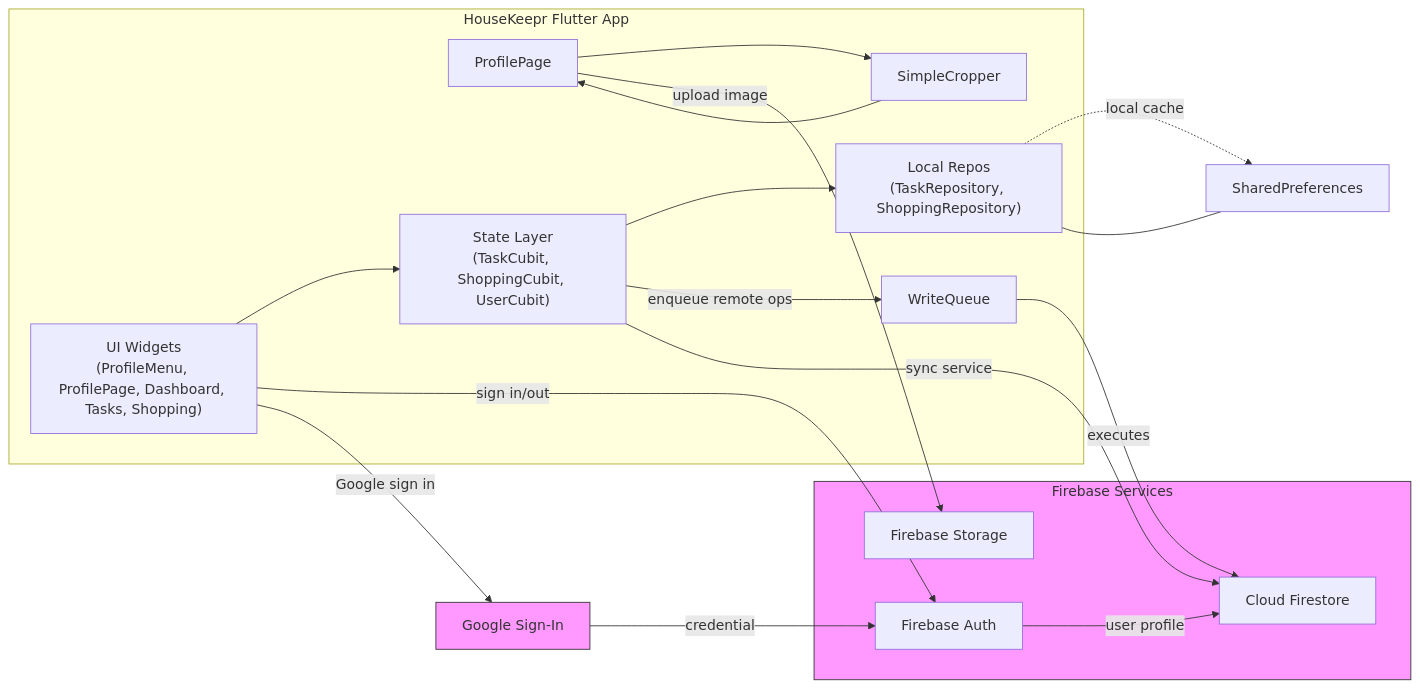
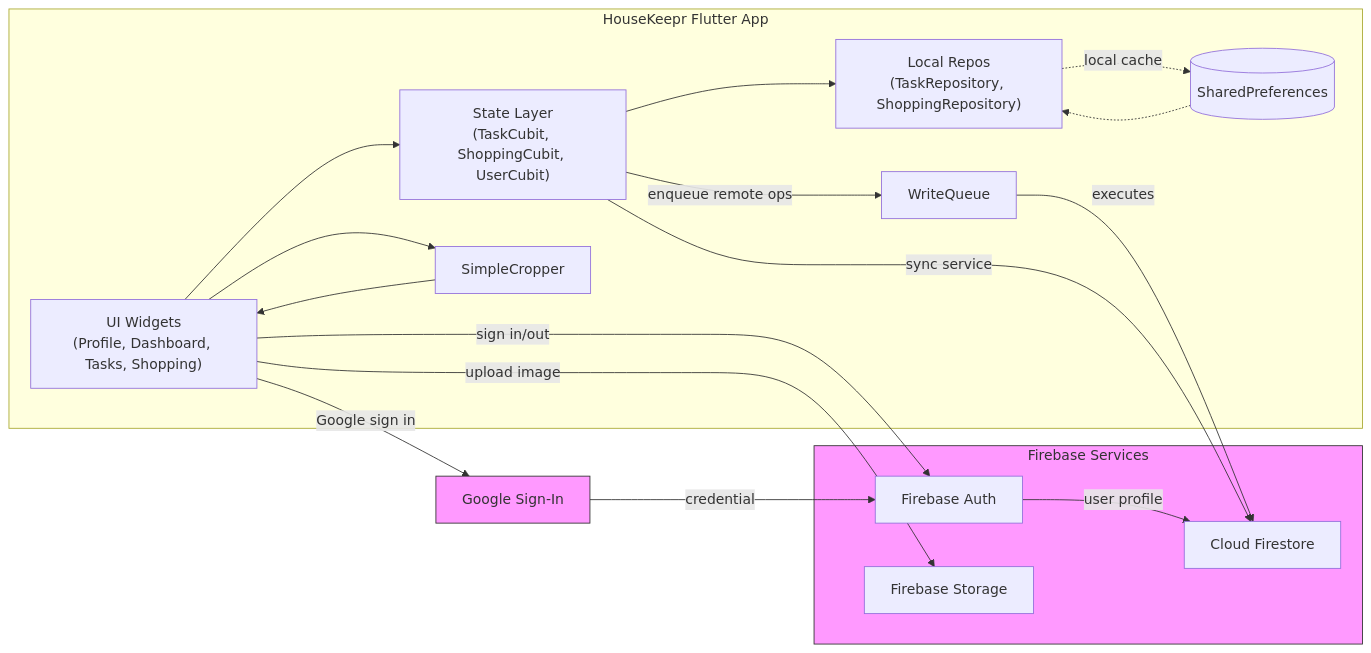
The diagram in README.md (kianniek/HouseKeepr), drawn with Mermaid before and after one commit. The commit also changed other lines of this file, not shown here.

Commit message:
Refactor architecture diagram in README for clarity and conciseness

````diff
--- a/README.md
+++ b/README.md
@@ -7,38 +9,40 @@
 ```mermaid
 flowchart LR
-	subgraph App[HouseKeepr Flutter App]
-		UI["UI Widgets<br/>(ProfileMenu, ProfilePage, Dashboard, Tasks, Shopping)"]
-		ProfilePage[ProfilePage]
-		Cubits["State Layer<br/>(TaskCubit, ShoppingCubit, UserCubit)"]
-		Repos["Local Repos<br/>(TaskRepository, ShoppingRepository)"]
-		WriteQ[WriteQueue]
-		Cropper[SimpleCropper]
-	end
+    subgraph App [HouseKeepr Flutter App]
+        UI["UI Widgets<br/>(Profile, Dashboard, Tasks, Shopping)"]
+        Cubits["State Layer<br/>(TaskCubit, ShoppingCubit, UserCubit)"]
+        Repos["Local Repos<br/>(TaskRepository, ShoppingRepository)"]
+        WriteQ[WriteQueue]
+        Cropper[SimpleCropper]
+        Shared[(SharedPreferences)]
+    end
 
-	subgraph Firebase[Firebase Services]
-		Auth[Firebase Auth]
-		Firestore[Cloud Firestore]
-		Storage[Firebase Storage]
-	end
+    subgraph Firebase [Firebase Services]
+        Auth[Firebase Auth]
+        Firestore[Cloud Firestore]
+        Storage[Firebase Storage]
+    end
 
-	Google[Google Sign-In]
+    Google[Google Sign-In]
 
-	UI --> Cubits
-	Cubits --> Repos
-	Cubits -->|enqueue remote ops| WriteQ
-	WriteQ -->|executes| Firestore
-	Repos -.->|local cache| Shared[SharedPreferences]
-	Shared --- Repos
-	ProfilePage --> Cropper
-	Cropper --> ProfilePage
+    UI --> Cubits
+    Cubits --> Repos
+    Cubits -->|enqueue remote ops| WriteQ
+    WriteQ -->|executes| Firestore
+    
+    Repos -.->|local cache| Shared
+    Shared -.-> Repos
+    
+    UI --> Cropper
+    Cropper --> UI
 
-	Cubits -->|sync service| Firestore
-	UI -->|sign in/out| Auth
-	Auth -->|user profile| Firestore
-	ProfilePage -->|upload image| Storage
-	UI -->|Google sign in| Google
-	Google -->|credential| Auth
+    Cubits -->|sync service| Firestore
+    UI -->|sign in/out| Auth
+    Auth -->|user profile| Firestore
+    UI -->|upload image| Storage
+    UI -->|Google sign in| Google
+    Google -->|credential| Auth
 
-	classDef ext fill:#f9f,stroke:#333,stroke-width:1px;
-	class Firebase,Google ext;
+    classDef ext fill:#f9f,stroke:#333,stroke-width:1px;
+    class Firebase,Google ext;
 ```
````
